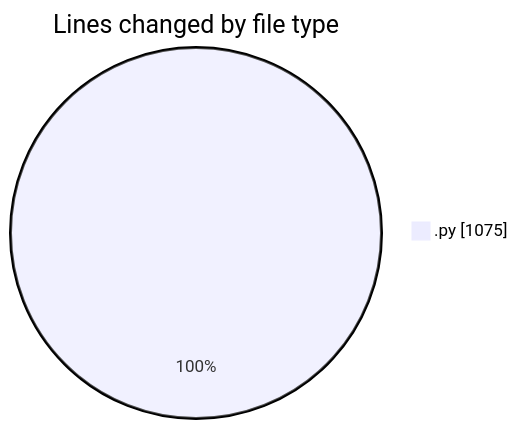
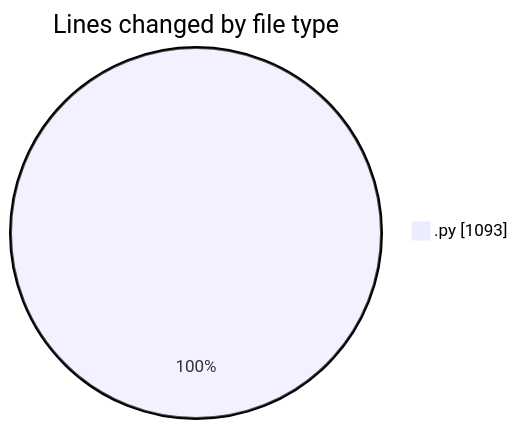
One commit to MatusMokan/code-tracking changed the first of 2 diagrams in 2025-04-19/myws__workspace_/README.md. Above: the diagram before and after it, drawn with Mermaid. The commit also changed other lines of this file and 1 other file, not shown here.

````diff
--- a/2025-04-19/myws__workspace_/README.md
+++ b/2025-04-19/myws__workspace_/README.md
@@ -22,5 +22,5 @@
 ```mermaid
 pie showData
 title Lines changed by file type
-".py" : 1075
+".py" : 1093
 ```
````
